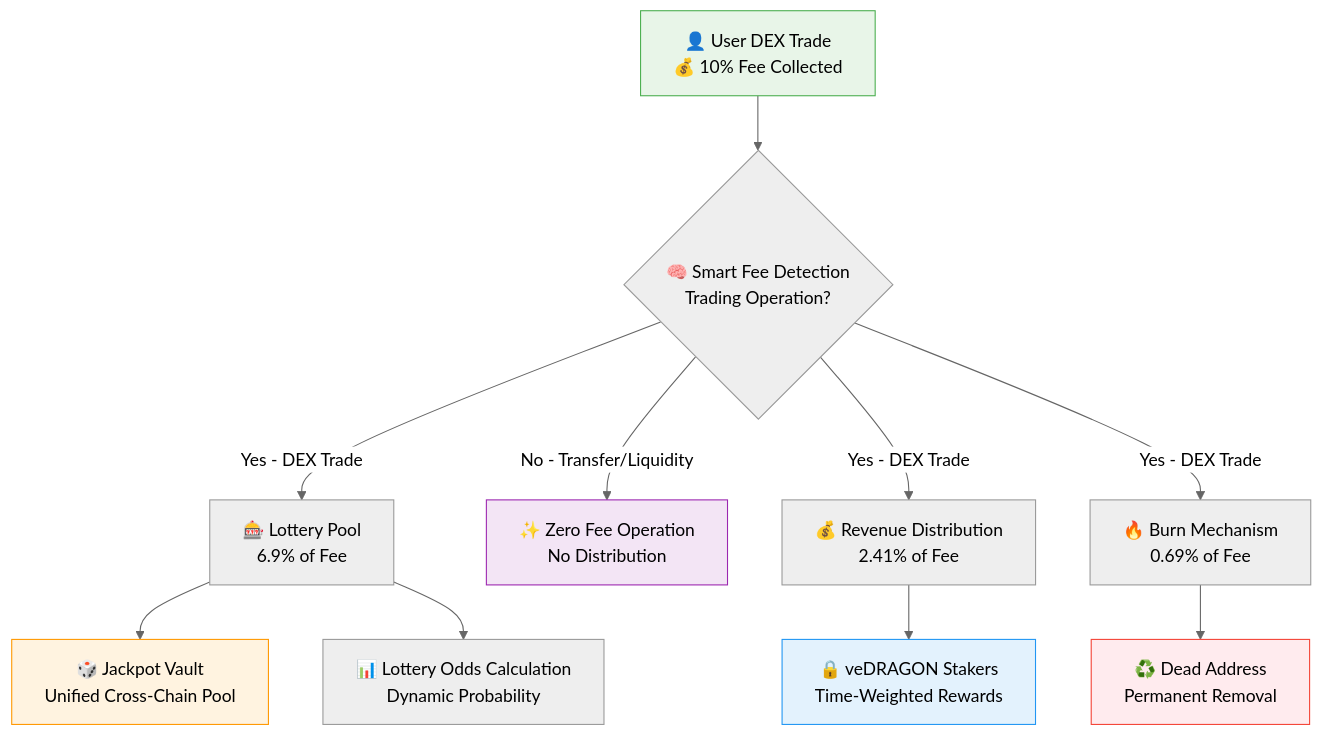
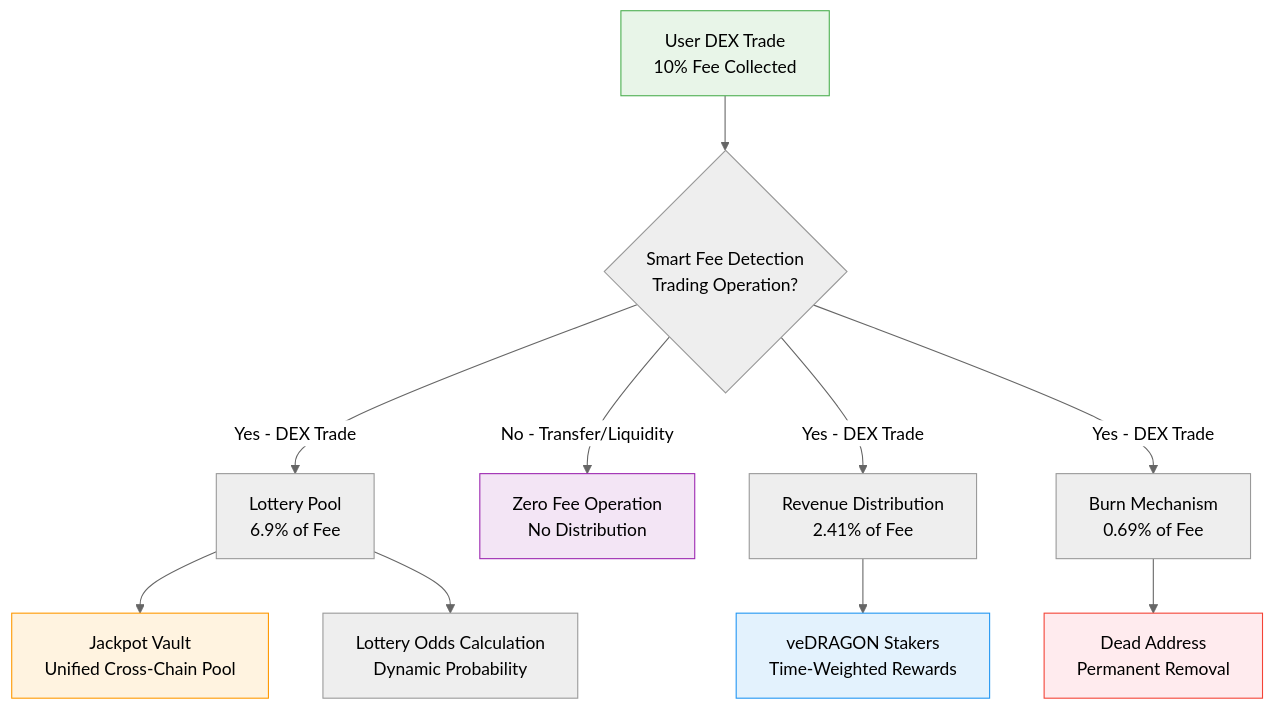
The second of 11 diagrams in docs/diagrams.md (omnidragon-io/docs), drawn with Mermaid (neutral theme) before and after one commit. The commit also changed other lines of this file, not shown here.

First line of the commit message:
docs: remove all emojis from Mermaid diagrams for clean, professional appearance

````diff
--- a/docs/diagrams.md
+++ b/docs/diagrams.md
@@ -79,22 +79,22 @@
 ```mermaid
 flowchart TD
-    A[👤 User DEX Trade<br/>💰 10% Fee Collected] --> B{🧠 Smart Fee Detection<br/>Trading Operation?}
+    A[User DEX Trade<br/>10% Fee Collected] --> B{Smart Fee Detection<br/>Trading Operation?}
 
-    B -->|Yes - DEX Trade| C[🎰 Lottery Pool<br/>6.9% of Fee]
-    B -->|No - Transfer/Liquidity| D[✨ Zero Fee Operation<br/>No Distribution]
+    B -->|Yes - DEX Trade| C[Lottery Pool<br/>6.9% of Fee]
+    B -->|No - Transfer/Liquidity| D[Zero Fee Operation<br/>No Distribution]
 
-    C --> E[🎲 Jackpot Vault<br/>Unified Cross-Chain Pool]
-    C --> F[📊 Lottery Odds Calculation<br/>Dynamic Probability]
+    C --> E[Jackpot Vault<br/>Unified Cross-Chain Pool]
+    C --> F[Lottery Odds Calculation<br/>Dynamic Probability]
 
-    B -->|Yes - DEX Trade| G[💰 Revenue Distribution<br/>2.41% of Fee]
-    G --> H[🔒 veDRAGON Stakers<br/>Time-Weighted Rewards]
+    B -->|Yes - DEX Trade| G[Revenue Distribution<br/>2.41% of Fee]
+    G --> H[veDRAGON Stakers<br/>Time-Weighted Rewards]
 
-    B -->|Yes - DEX Trade| I[🔥 Burn Mechanism<br/>0.69% of Fee]
-    I --> J[♻️ Dead Address<br/>Permanent Removal]
+    B -->|Yes - DEX Trade| I[Burn Mechanism<br/>0.69% of Fee]
+    I --> J[Dead Address<br/>Permanent Removal]
 
     style A fill:#e8f5e8,stroke:#4caf50
     style E fill:#fff3e0,stroke:#ff9800
     style H fill:#e3f2fd,stroke:#2196f3
     style J fill:#ffebee,stroke:#f44336
     style D fill:#f3e5f5,stroke:#9c27b0
 ```
````
